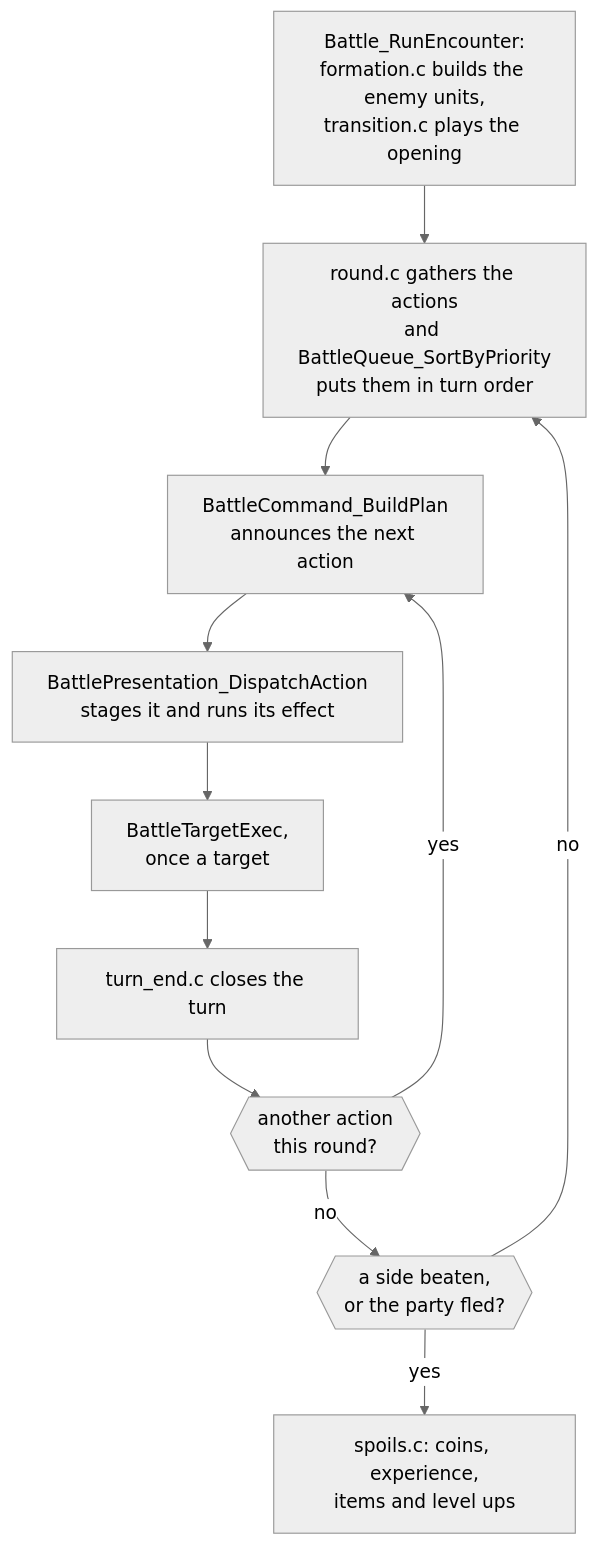
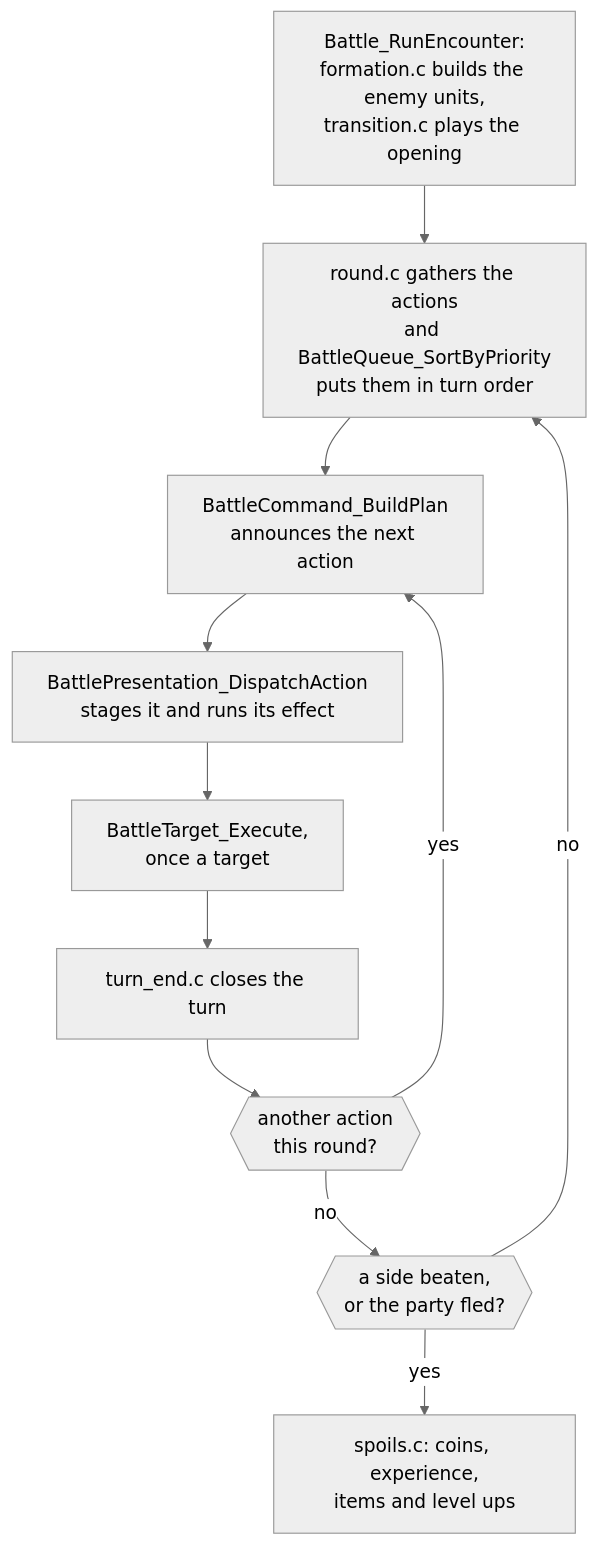
Before and after one commit to PascalPixel/alchemy: the first of 2 diagrams in games/tbs/src/battle/README.md, drawn with Mermaid (neutral theme). The commit also changed other lines of this file and 152 other files, not shown here.

````diff
--- a/games/tbs/src/battle/README.md
+++ b/games/tbs/src/battle/README.md
@@ -23,13 +23,13 @@
 ```mermaid
 flowchart TD
     start["Battle_RunEncounter:<br/>formation.c builds the enemy units,<br/>transition.c plays the opening"] --> gather
     gather["round.c gathers the actions<br/>and BattleQueue_SortByPriority<br/>puts them in turn order"] --> plan
     plan["BattleCommand_BuildPlan<br/>announces the next action"] --> stage
     stage["BattlePresentation_DispatchAction<br/>stages it and runs its effect"] --> exec
-    exec["BattleTargetExec,<br/>once a target"] --> turnend
+    exec["BattleTarget_Execute,<br/>once a target"] --> turnend
     turnend["turn_end.c closes the turn"] --> more{{"another action<br/>this round?"}}
     more -->|yes| plan
     more -->|no| over{{"a side beaten,<br/>or the party fled?"}}
     over -->|no| gather
     over -->|yes| spoils["spoils.c: coins, experience,<br/>items and level ups"]
 ```
````
